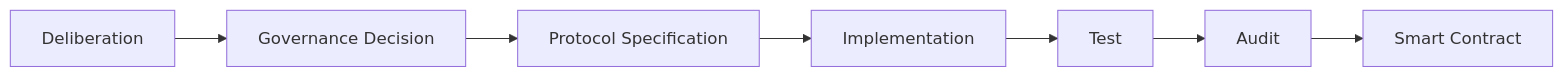
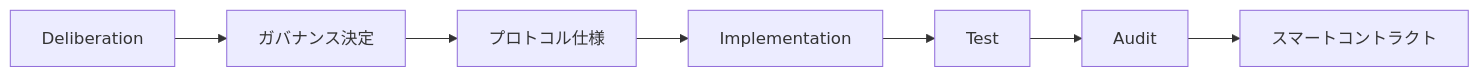
The eighth of 23 diagrams in docs/whitepaper/07-governance.md (ShigeichiroYamasaki/creator-first-platform), drawn with Mermaid before and after one commit. The commit also changed other lines of this file and 67 other files, not shown here.

````diff
--- a/docs/whitepaper/07-governance.md
+++ b/docs/whitepaper/07-governance.md
@@ -423,12 +451,12 @@
 ```mermaid
 flowchart LR
     DELIB[Deliberation]
-    DECISION[Governance Decision]
-    SPEC[Protocol Specification]
+    DECISION[ガバナンス決定]
+    SPEC[プロトコル仕様]
     IMPLEMENT[Implementation]
     TEST[Test]
     AUDIT[Audit]
-    CODE[Smart Contract]
+    CODE[スマートコントラクト]
 
     DELIB --> DECISION --> SPEC --> IMPLEMENT --> TEST --> AUDIT --> CODE
 ```
````
